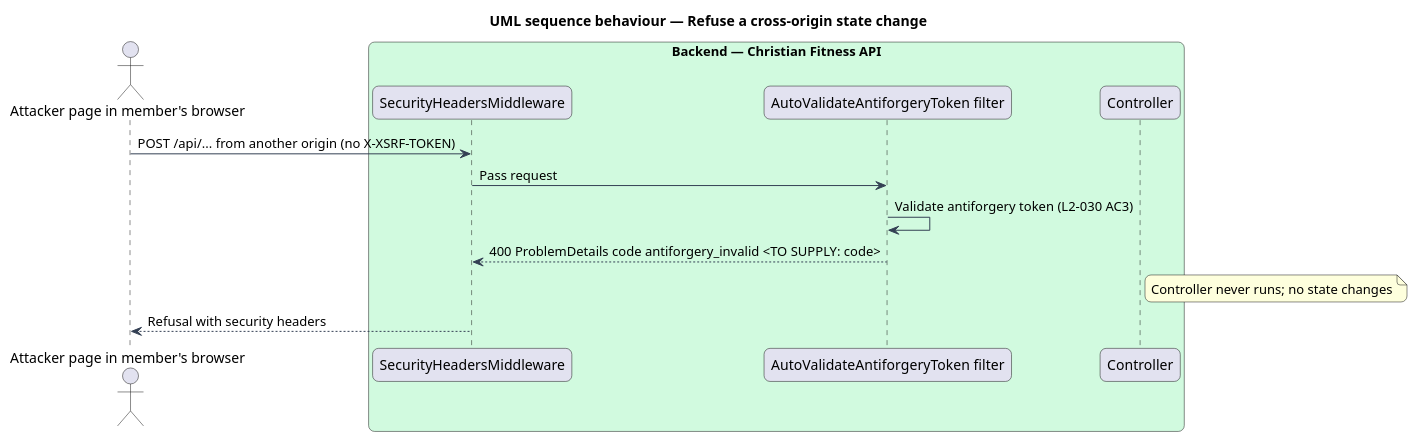
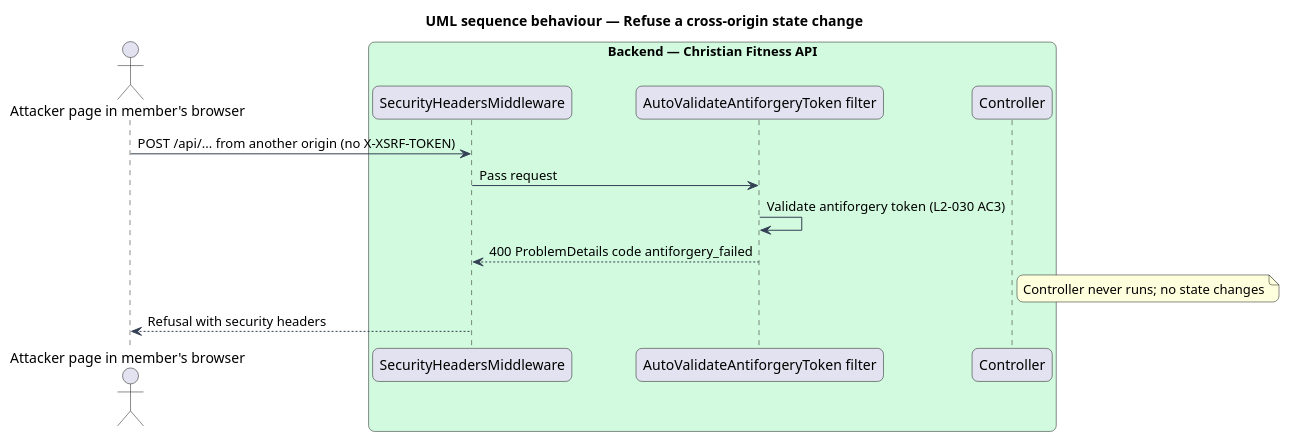
Before and after one commit to QuinntyneBrown/christian-fitness: the diagram in docs/detailed-designs/security/secure-sessions/diagrams/sequence-cross-origin-refused.puml, drawn with PlantUML. The commit also changed 94 other files, not shown here.

```diff
--- a/docs/detailed-designs/security/secure-sessions/diagrams/sequence-cross-origin-refused.puml
+++ b/docs/detailed-designs/security/secure-sessions/diagrams/sequence-cross-origin-refused.puml
@@ -1,29 +1,29 @@
 @startuml
 title UML sequence behaviour — Refuse a cross-origin state change
 skinparam backgroundColor #FFFFFF
 skinparam shadowing false
 skinparam roundcorner 12
 skinparam defaultFontName Arial
 skinparam ArrowColor #344054
 skinparam rectangle {
   BorderColor #344054
   FontColor #101828
 }
 skinparam package {
   BorderColor #667085
   FontColor #101828
   BackgroundColor #F9FAFB
 }
 actor "Attacker page in member's browser" as actor
 box "Backend — Christian Fitness API" #D1FADF
   participant "SecurityHeadersMiddleware" as hdr
   participant "AutoValidateAntiforgeryToken filter" as af
   participant "Controller" as ctrl
 end box
 actor -> hdr : POST /api/... from another origin (no X-XSRF-TOKEN)
 hdr -> af : Pass request
 af -> af : Validate antiforgery token (L2-030 AC3)
-af --> hdr : 400 ProblemDetails code antiforgery_invalid <TO SUPPLY: code>
+af --> hdr : 400 ProblemDetails code antiforgery_failed
 note right of ctrl : Controller never runs; no state changes
 hdr --> actor : Refusal with security headers
 @enduml
```
